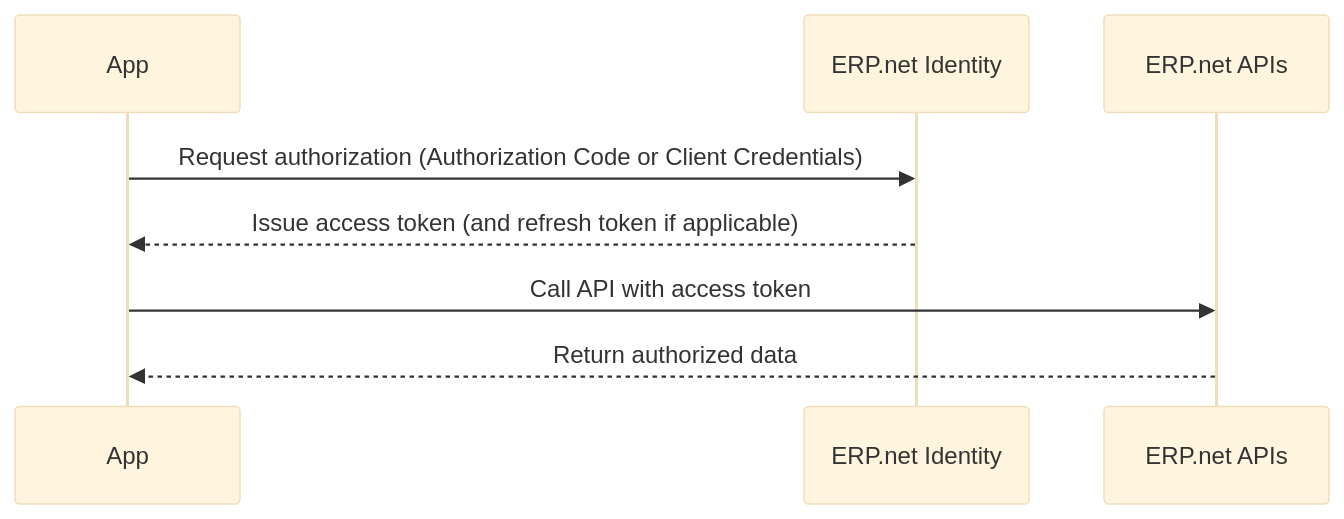
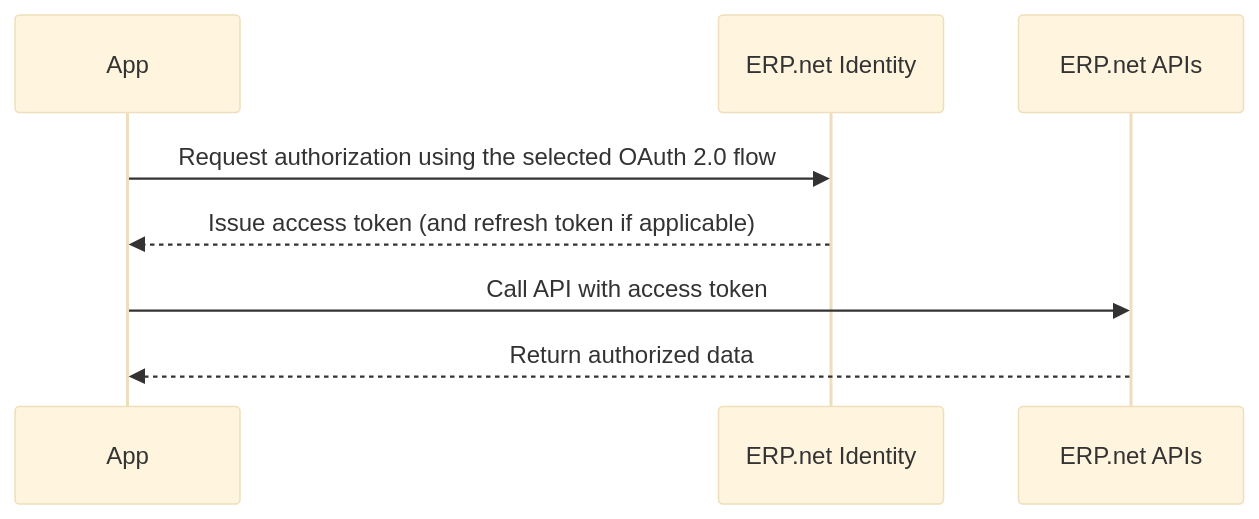
One commit to ErpNetDocs/dev changed the third of 3 diagrams in auth/concepts/oauth2-overview.md. Above: the diagram before and after it, drawn with Mermaid (base theme). The commit also changed other lines of this file and 11 other files, not shown here.

````diff
--- a/auth/concepts/oauth2-overview.md
+++ b/auth/concepts/oauth2-overview.md
@@ -154,11 +157,11 @@
 ```mermaid
 sequenceDiagram
     participant App
     participant IdentityServer as ERP.net Identity
     participant API as ERP.net APIs
 
-    App->>IdentityServer: Request authorization (Authorization Code or Client Credentials)
+    App->>IdentityServer: Request authorization using the selected OAuth 2.0 flow
     IdentityServer-->>App: Issue access token (and refresh token if applicable)
     App->>API: Call API with access token
     API-->>App: Return authorized data
 ```
````
